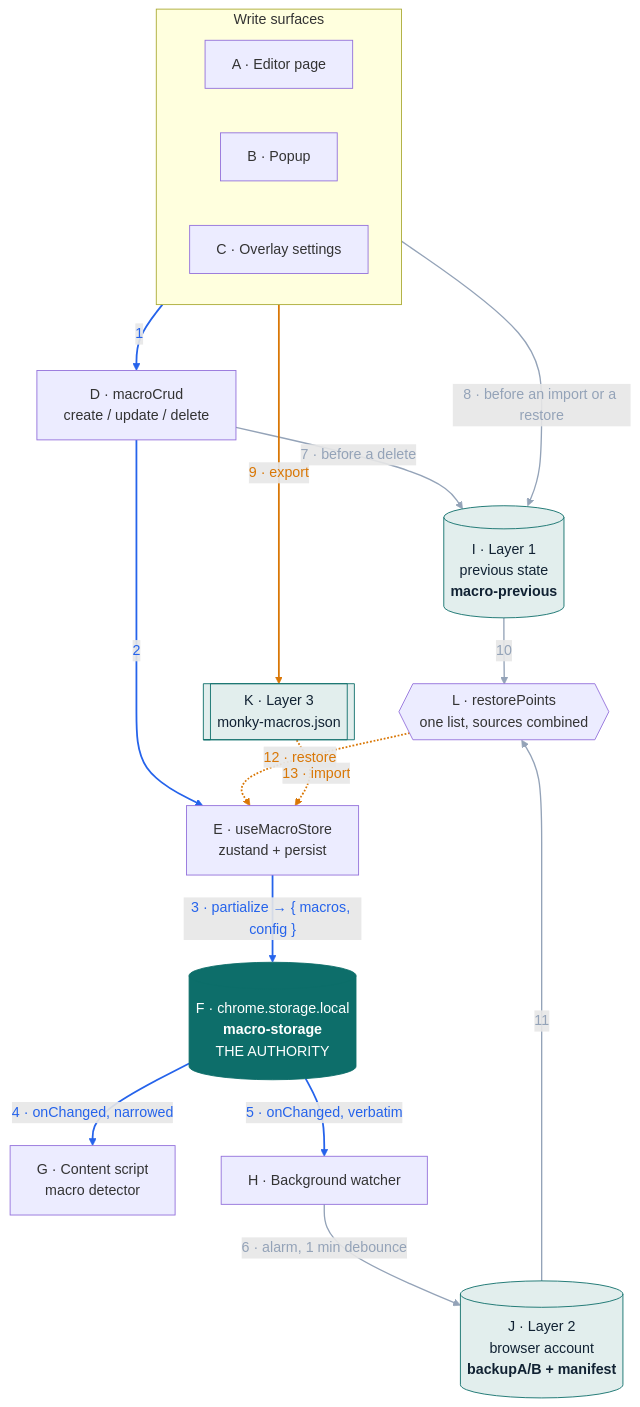
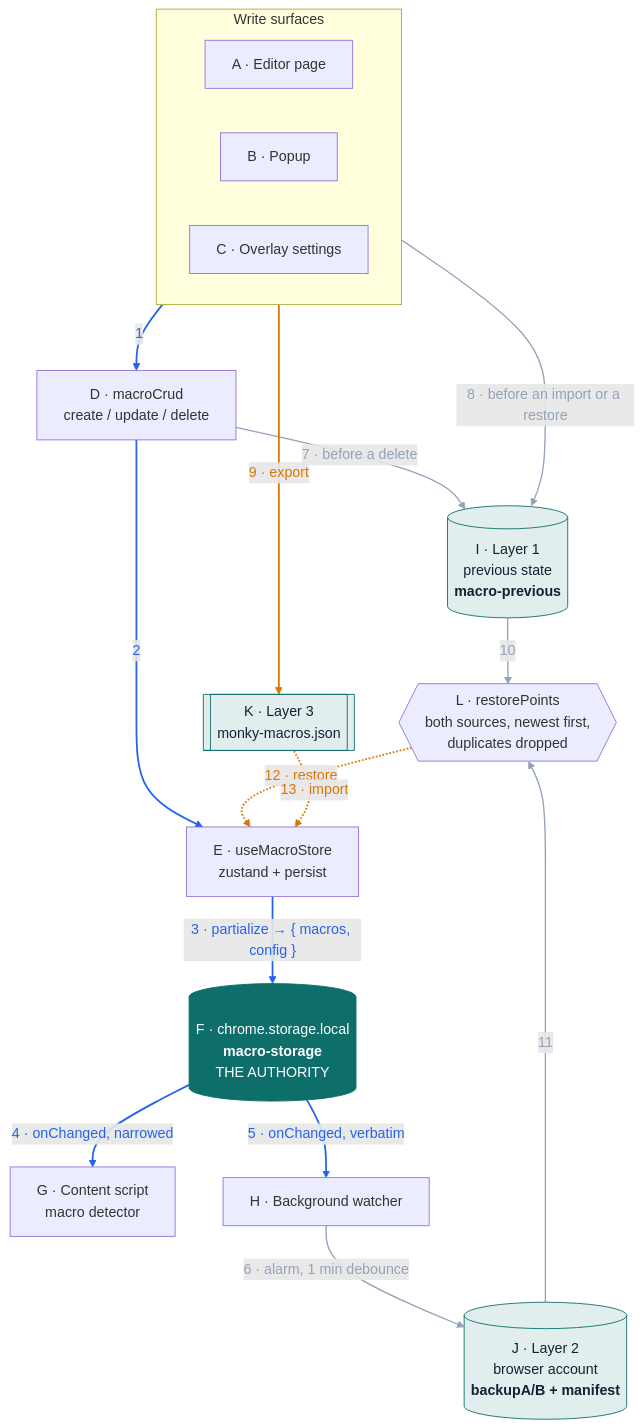
The first of 6 diagrams in docs/storage-design.md (Jorge-Gonzalez/monky), drawn with Mermaid before and after one commit. The commit also changed other lines of this file, not shown here.

````diff
--- a/docs/storage-design.md
+++ b/docs/storage-design.md
@@ -37,41 +37,41 @@
 ```mermaid
 flowchart TB
     subgraph surfaces["Write surfaces"]
         direction LR
         ED["A · Editor page"]
         PO["B · Popup"]
         OV["C · Overlay settings"]
     end
 
     CRUD["D · macroCrud<br/>create / update / delete"]
     STORE["E · useMacroStore<br/>zustand + persist"]
 
     surfaces -->|"1"| CRUD
     CRUD -->|"2"| STORE
     STORE -->|"3 · partialize → { macros, config }"| LOCAL[("F · chrome.storage.local<br/><b>macro-storage</b><br/>THE AUTHORITY")]
     LOCAL -->|"4 · onChanged, narrowed"| DETECT["G · Content script<br/>macro detector"]
     LOCAL -->|"5 · onChanged, verbatim"| WATCH["H · Background watcher"]
 
     WATCH -->|"6 · alarm, 1 min debounce"| SYNC[("J · Layer 2<br/>browser account<br/><b>backupA/B + manifest</b>")]
     CRUD -->|"7 · before a delete"| PREV[("I · Layer 1<br/>previous state<br/><b>macro-previous</b>")]
     OV -->|"8 · before an import or a restore"| PREV
 
     OV -->|"9 · export"| FILE[["K · Layer 3<br/>monky-macros.json"]]
 
-    PREV -->|"10"| RP{{"L · restorePoints<br/>one list, sources combined"}}
+    PREV -->|"10"| RP{{"L · restorePoints<br/>both sources, newest first,<br/>duplicates dropped"}}
     SYNC -->|"11"| RP
     RP -.->|"12 · restore"| STORE
     FILE -.->|"13 · import"| STORE
 
     classDef auth fill:#0d6e6a,stroke:#0d6e6a,color:#fff
     classDef layer fill:#e2eeed,stroke:#0d6e6a,color:#123
     class LOCAL auth
     class PREV,SYNC,FILE layer
 
     %% Link indices are positional, counted from the first arrow declared above, so inserting an
     %% arrow earlier shifts every later one. All three groups are set explicitly; nothing is left to
     %% whatever a given renderer uses by default.
     linkStyle 0,1,2,3,4 stroke:#2563eb,stroke-width:2px,color:#2563eb
     linkStyle 5,6,7,9,10 stroke:#94a3b8,stroke-width:1.5px,color:#94a3b8
     linkStyle 8,11,12 stroke:#d97706,stroke-width:2px,color:#d97706
 ```
````
